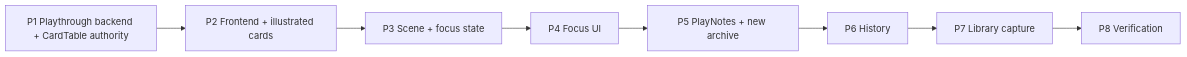
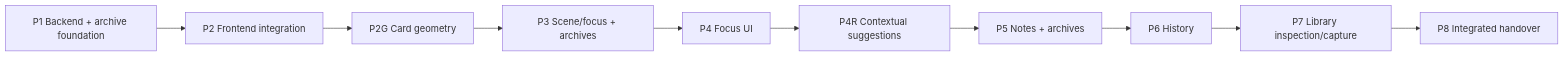
The diagram in docs/playthrough-implementation-plan.md (oldzkoolgamerz2901/campaign-workbench), drawn with Mermaid before and after one commit. The commit also changed other lines of this file and 34 other files, not shown here.

````diff
--- a/docs/playthrough-implementation-plan.md
+++ b/docs/playthrough-implementation-plan.md
@@ -63,10 +95,12 @@
 ```mermaid
 flowchart LR
-  P1["P1 Playthrough backend + CardTable authority"] --> P2["P2 Frontend + illustrated cards"]
-  P2 --> P3["P3 Scene + focus state"]
+  P1["P1 Backend + archive foundation"] --> P2["P2 Frontend integration"]
+  P2 --> P2G["P2G Card geometry"]
+  P2G --> P3["P3 Scene/focus + archives"]
   P3 --> P4["P4 Focus UI"]
-  P4 --> P5["P5 PlayNotes + new archive"]
+  P4 --> P4R["P4R Contextual suggestions"]
+  P4R --> P5["P5 Notes + archives"]
   P5 --> P6["P6 History"]
-  P6 --> P7["P7 Library capture"]
-  P7 --> P8["P8 Verification"]
+  P6 --> P7["P7 Library inspection/capture"]
+  P7 --> P8["P8 Integrated handover"]
 ```
````
